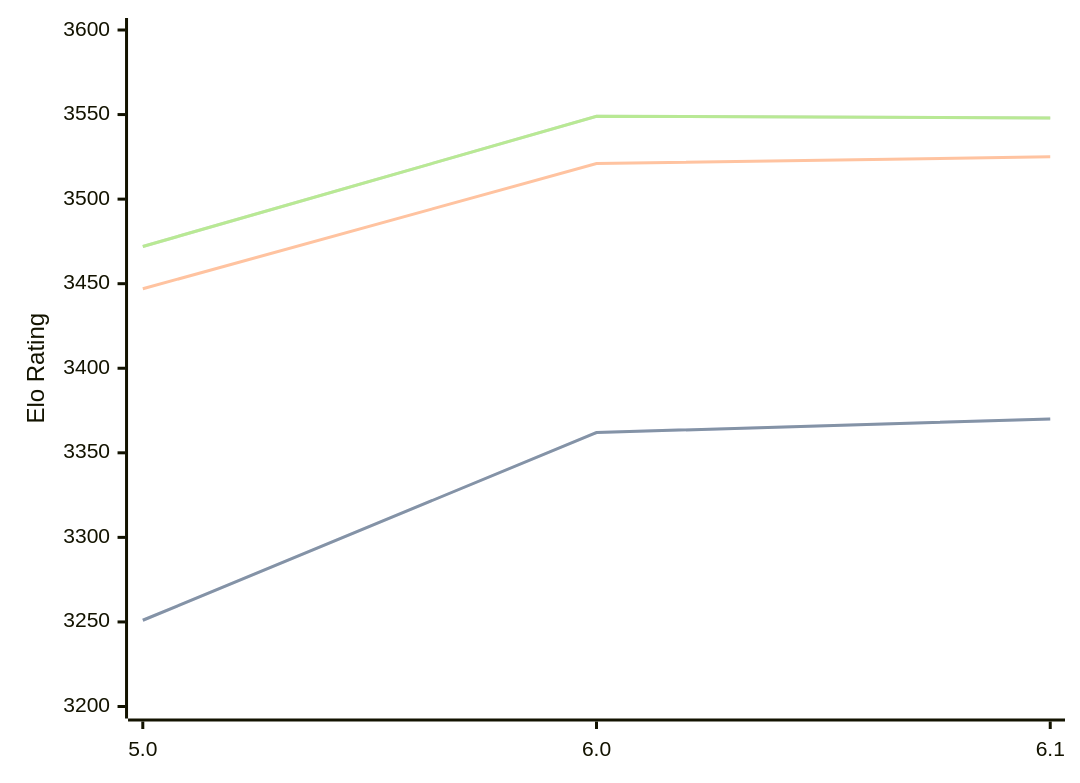
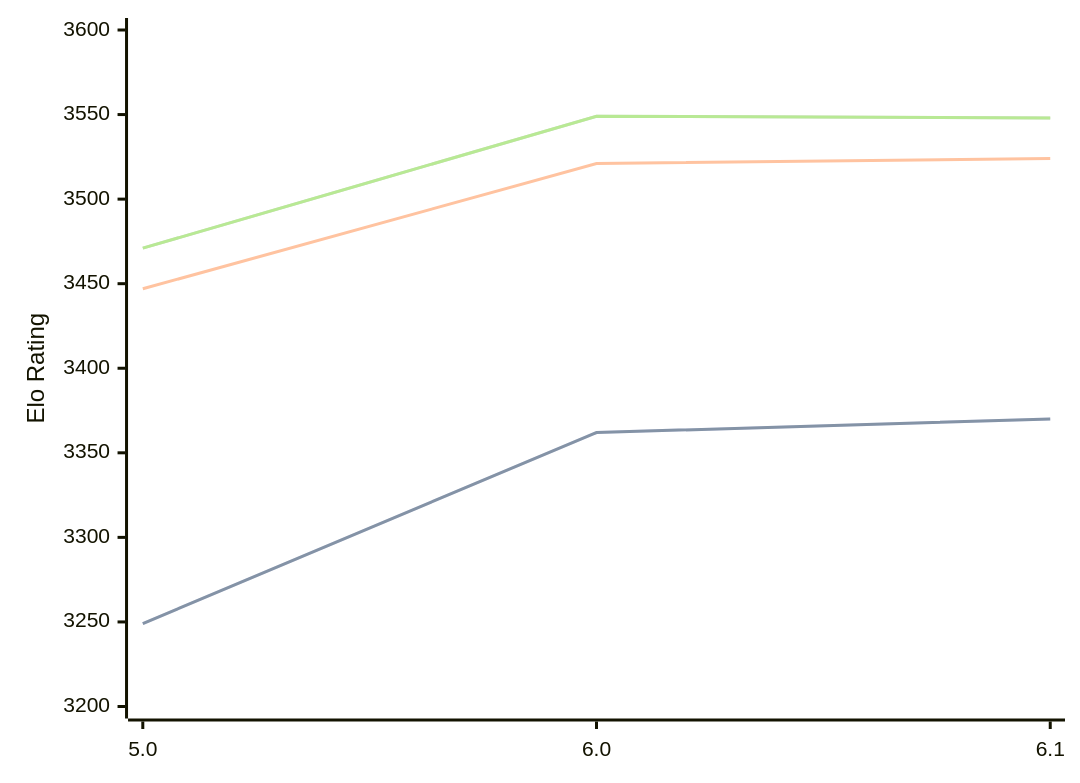
The diagram in engines/Starzix.md (computer-chess-index/cci), drawn with Mermaid before and after one commit. The commit also changed other lines of this file, not shown here.

Commit message:
Update CCI Ratings (ELO VLTC) - 2026-04-20

````diff
--- a/engines/Starzix.md
+++ b/engines/Starzix.md
@@ -37,11 +37,11 @@
 ```mermaid
 %%{init: {"theme":"base","themeVariables":{"seriesColors:['#a3a3a3','#222221','#faa371']}}}%%
 xychart-beta
   x-axis ["5.0", "6.0", "6.1"]
   y-axis "Elo Rating" 3200 --> 3600
-  line "STC (8.0+0.08s)" [3251, 3362, 3370]
-  line "STC (8.0+0.08s)" [3251, 3362, 3370]
-  line "LTC (60.0+0.60s)" [3447, 3521, 3525]
-  line "VLTC (2m24s+1.12s)" [3472, 3549, 3548]
-  line "VLTC (2m24s+1.12s)" [3472, 3549, 3548]
+  line "STC (8.0+0.08s)" [3249, 3362, 3370]
+  line "STC (8.0+0.08s)" [3249, 3362, 3370]
+  line "LTC (60.0+0.60s)" [3447, 3521, 3524]
+  line "VLTC (2m24s+1.12s)" [3471, 3549, 3548]
+  line "VLTC (2m24s+1.12s)" [3471, 3549, 3548]
 ```
````
